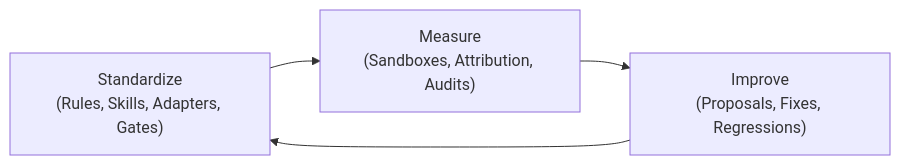
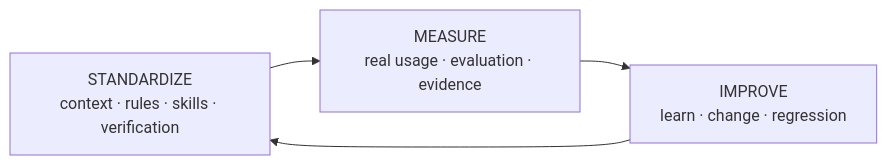
Before and after one commit to marcosdh1987/harness-engineering-guide: the first of 2 diagrams in docs/en/index.md, drawn with Mermaid. The commit also changed other lines of this file and 34 other files, not shown here.

````diff
--- a/docs/en/index.md
+++ b/docs/en/index.md
@@ -9,6 +16,6 @@
 ```mermaid
 flowchart LR
-    A["Standardize<br/>(Rules, Skills, Adapters, Gates)"] --> B["Measure<br/>(Sandboxes, Attribution, Audits)"]
-    B --> C["Improve<br/>(Proposals, Fixes, Regressions)"]
-    C --> A
+    S["STANDARDIZE<br/>context · rules · skills · verification"] --> M["MEASURE<br/>real usage · evaluation · evidence"]
+    M --> I["IMPROVE<br/>learn · change · regression"]
+    I --> S
 ```
````
